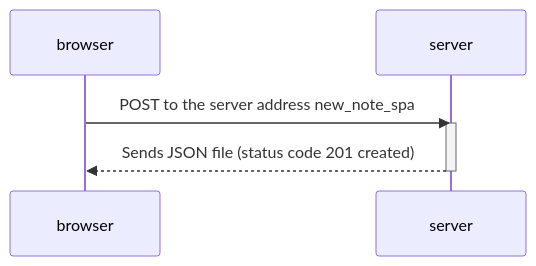
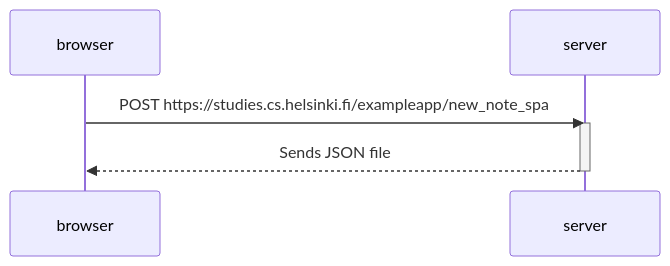
The diagram in Part0/0.6: New note in Single page app diagram.md (early-dew/FullStackOpen), drawn with Mermaid before and after one commit.

Commit message:
Update 0.6: New note in Single page app diagram.md

````diff
--- a/Part0/0.6: New note in Single page app diagram.md
+++ b/Part0/0.6: New note in Single page app diagram.md
@@ -1,10 +1,10 @@
 ```mermaid
 sequenceDiagram
  participant browser
  participant server
- browser->>server: POST to the server address new_note_spa
+ browser->>server: POST https://studies.cs.helsinki.fi/exampleapp/new_note_spa
  activate server
- server-->>browser: Sends JSON file (status code 201 created)
+ server-->>browser: Sends JSON file
  deactivate server
 
 ```
````
